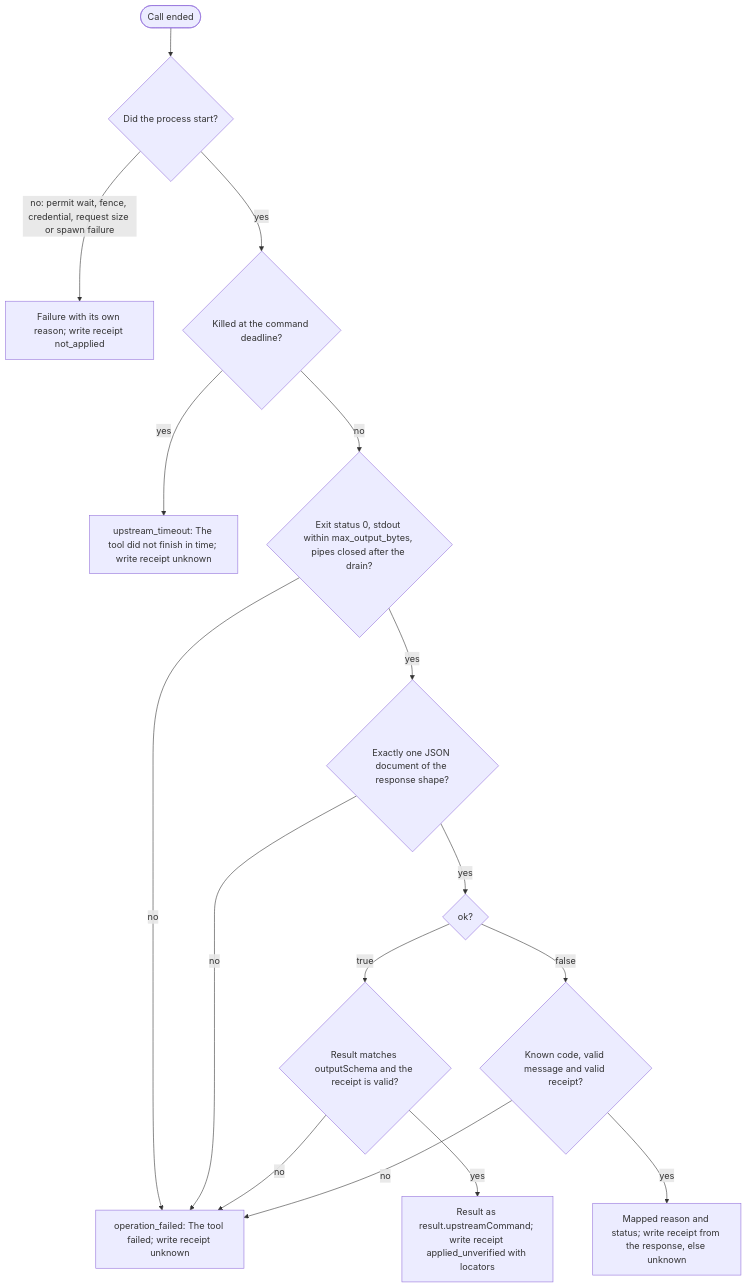
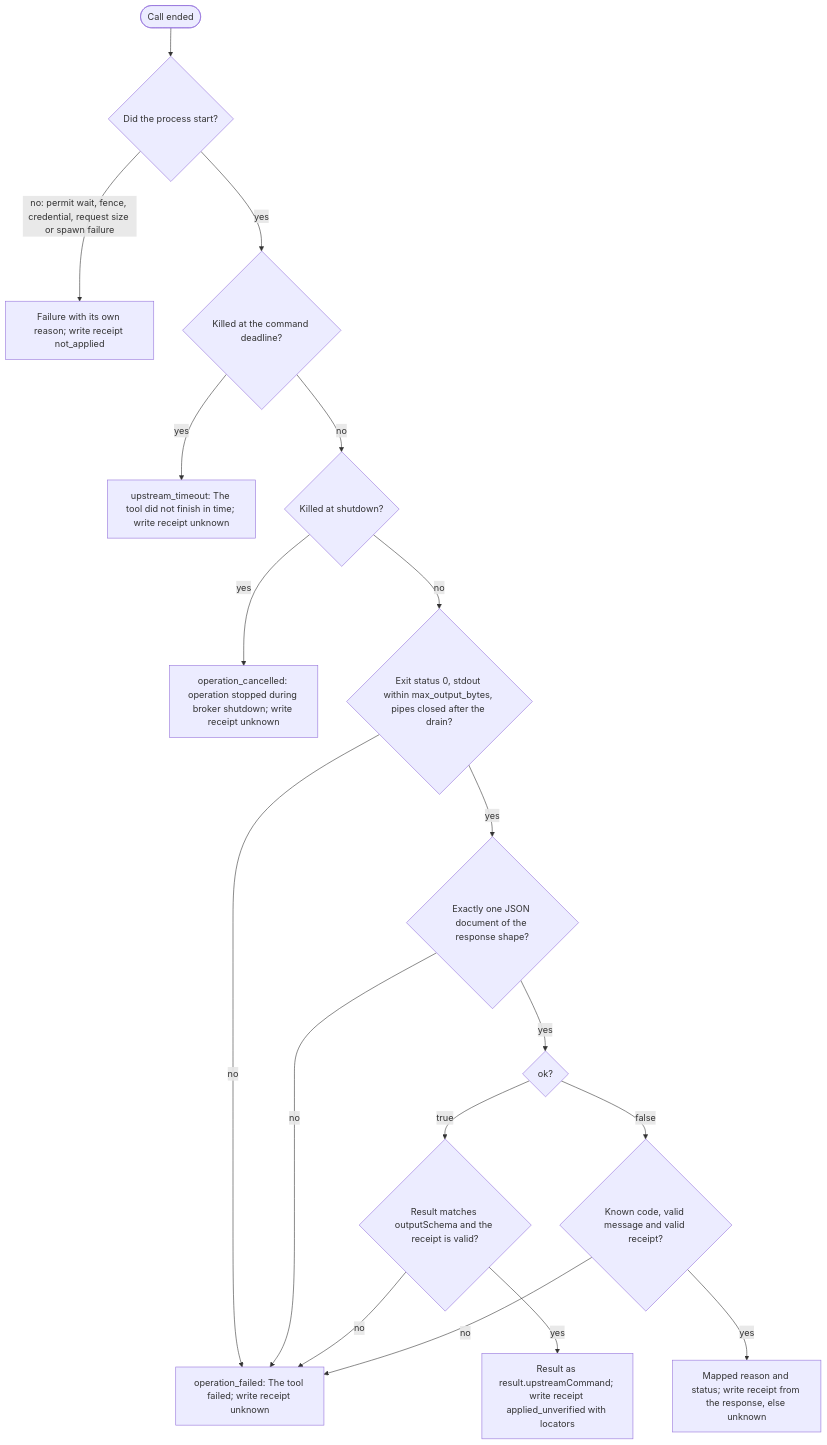
Before and after one commit to kcosr/agent-access-broker: the fifth of 6 diagrams in docs/command-imports.md, drawn with Mermaid. The commit also changed other lines of this file and 6 other files, not shown here.

````diff
--- a/docs/command-imports.md
+++ b/docs/command-imports.md
@@ -738,18 +744,20 @@
 ```mermaid
 flowchart TD
     Start([Call ended]) --> Spawned{"Did the process start?"}
     Spawned -->|"no: permit wait, fence, credential, request size or spawn failure"| Before["Failure with its own reason; write receipt not_applied"]
     Spawned -->|yes| Deadline{"Killed at the command deadline?"}
     Deadline -->|yes| Timeout["upstream_timeout: The tool did not finish in time; write receipt unknown"]
-    Deadline -->|no| Clean{"Exit status 0, stdout within max_output_bytes, pipes closed after the drain?"}
+    Deadline -->|no| Shutdown{"Killed at shutdown?"}
+    Shutdown -->|yes| Cancelled["operation_cancelled: operation stopped during broker shutdown; write receipt unknown"]
+    Shutdown -->|no| Clean{"Exit status 0, stdout within max_output_bytes, pipes closed after the drain?"}
     Clean -->|no| Failed["operation_failed: The tool failed; write receipt unknown"]
     Clean -->|yes| Parse{"Exactly one JSON document of the response shape?"}
     Parse -->|no| Failed
     Parse -->|yes| Ok{"ok?"}
     Ok -->|true| Valid{"Result matches outputSchema and the receipt is valid?"}
     Valid -->|no| Failed
     Valid -->|yes| Success["Result as result.upstreamCommand; write receipt applied_unverified with locators"]
     Ok -->|false| Code{"Known code, valid message and valid receipt?"}
     Code -->|no| Failed
     Code -->|yes| Mapped["Mapped reason and status; write receipt from the response, else unknown"]
 ```
````
